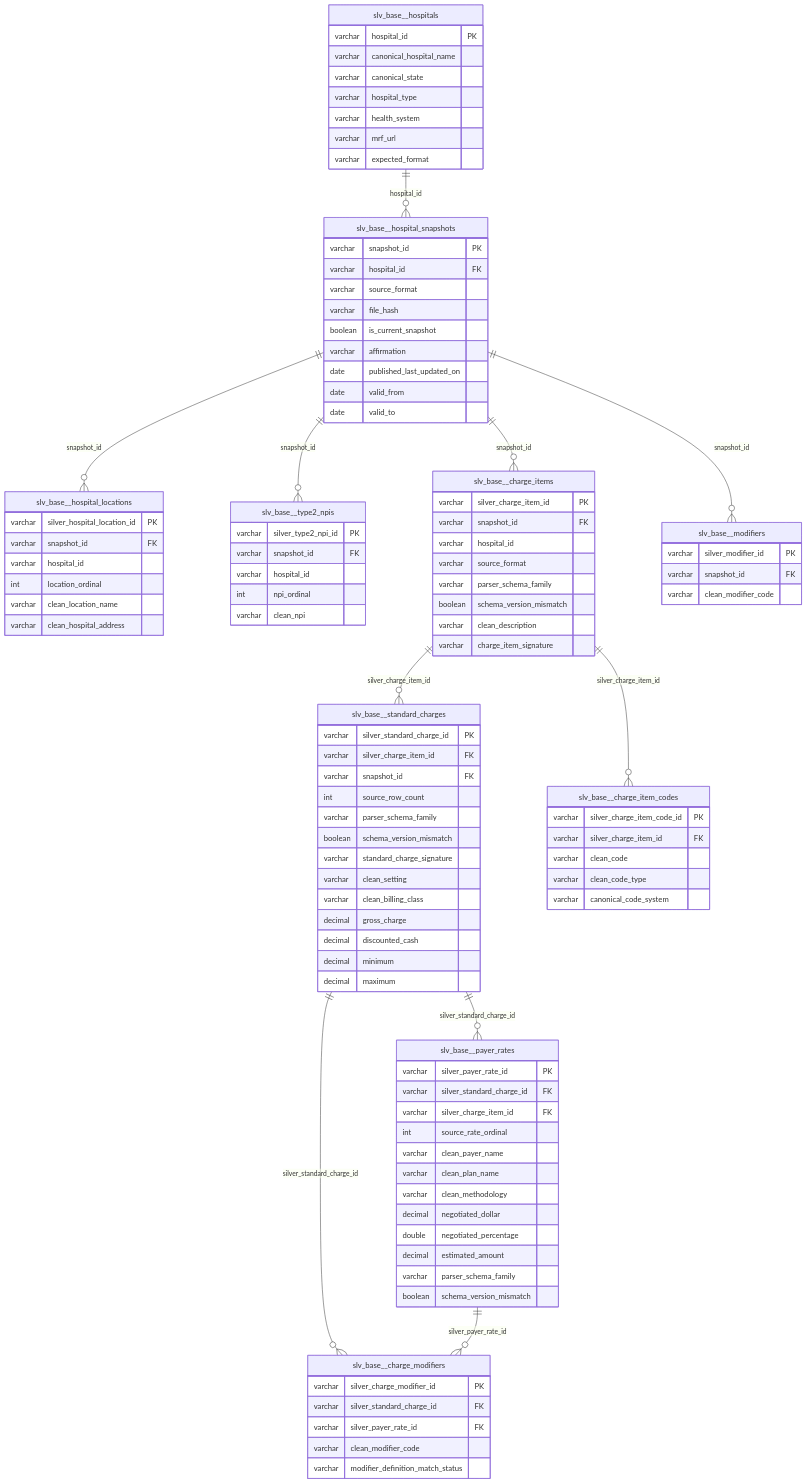
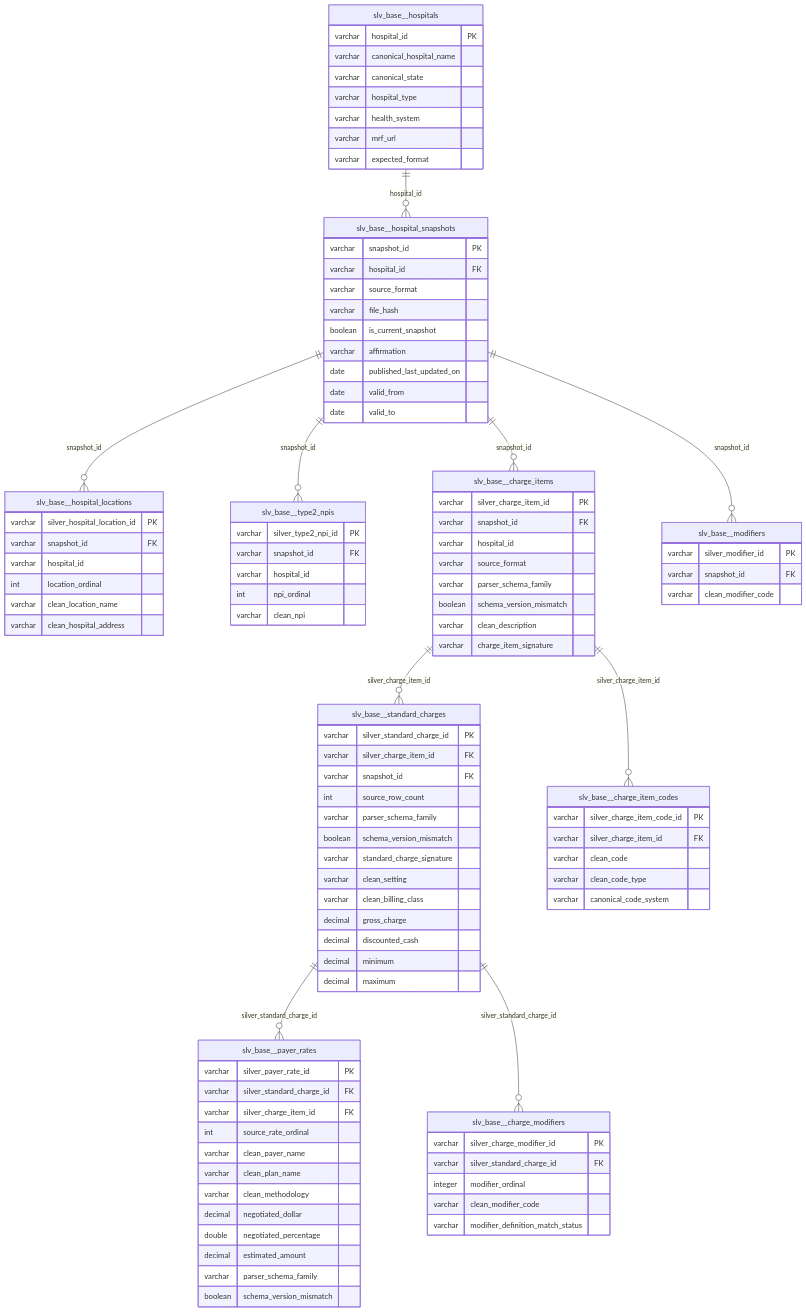
The third of 3 diagrams in docs/architecture/silver-schema.md (jakegussler/hospital-price-transparency-analytics), drawn with Mermaid before and after one commit. The commit also changed other lines of this file and 9 other files, not shown here.

First line of the commit message:
refactor(silver-base): regrain charge_modifiers to standard-charge grain

````diff
--- a/docs/architecture/silver-schema.md
+++ b/docs/architecture/silver-schema.md
@@ -559,7 +559,7 @@
     slv_base__charge_modifiers {
         varchar silver_charge_modifier_id PK
         varchar silver_standard_charge_id FK
-        varchar silver_payer_rate_id FK
+        integer modifier_ordinal
         varchar clean_modifier_code
         varchar modifier_definition_match_status
     }
@@ -573,5 +573,4 @@
     slv_base__charge_items ||--o{ slv_base__charge_item_codes : "silver_charge_item_id"
     slv_base__standard_charges ||--o{ slv_base__payer_rates : "silver_standard_charge_id"
     slv_base__standard_charges ||--o{ slv_base__charge_modifiers : "silver_standard_charge_id"
-    slv_base__payer_rates ||--o{ slv_base__charge_modifiers : "silver_payer_rate_id"
 ```
````
